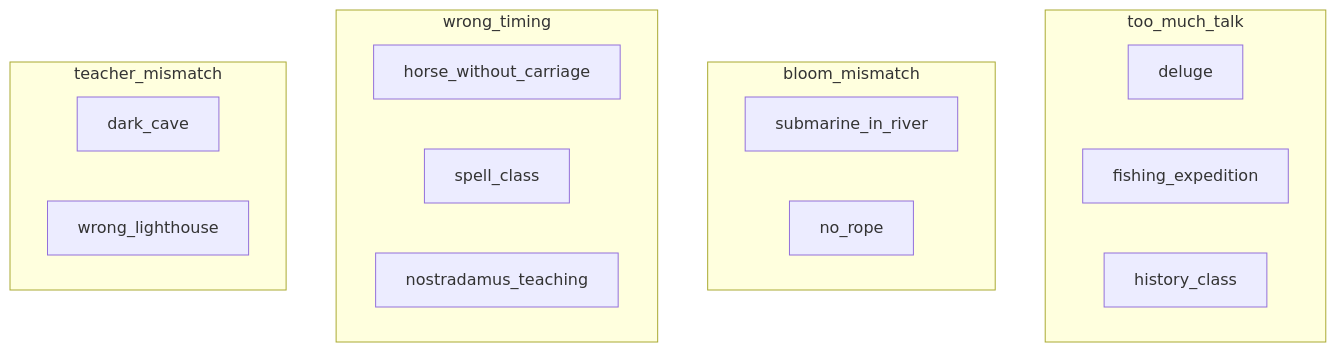
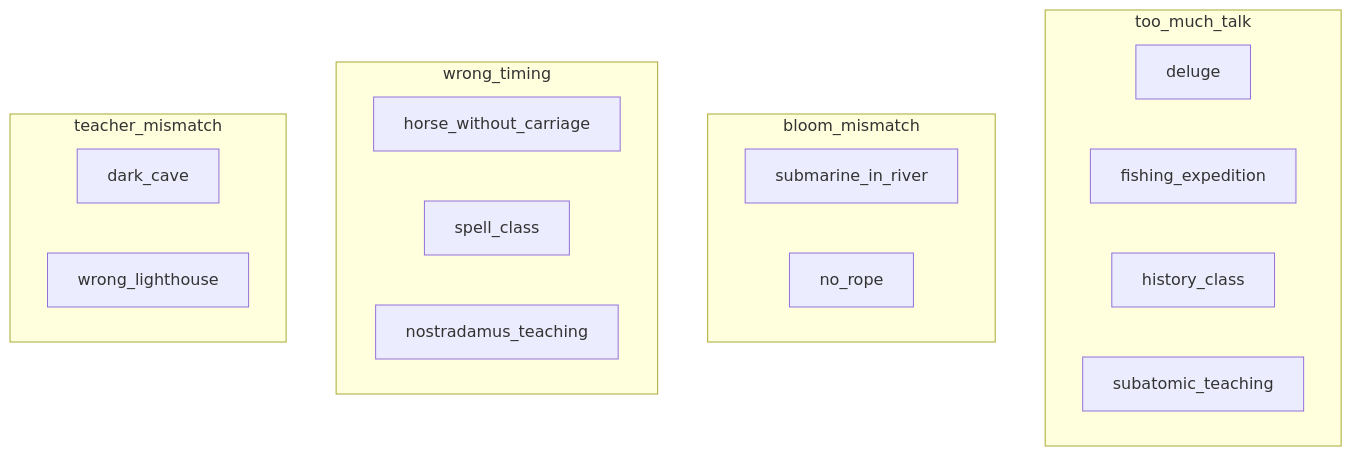
Before and after one commit to richelbilderbeek/teaching_patterns: the fourth of 5 diagrams in docs/README.md, drawn with Mermaid. The commit also changed other lines of this file, not shown here.

````diff
--- a/docs/README.md
+++ b/docs/README.md
@@ -91,21 +91,22 @@
 ```mermaid
 flowchart TD
   subgraph too_much_talk
     deluge
     fishing_expedition
     history_class
+    subatomic_teaching
   end
   subgraph bloom_mismatch
     submarine_in_river
     no_rope
   end
   subgraph wrong_timing
     horse_without_carriage
     spell_class
     nostradamus_teaching
   end
   subgraph teacher_mismatch
     dark_cave
     wrong_lighthouse
   end
 ```
````
